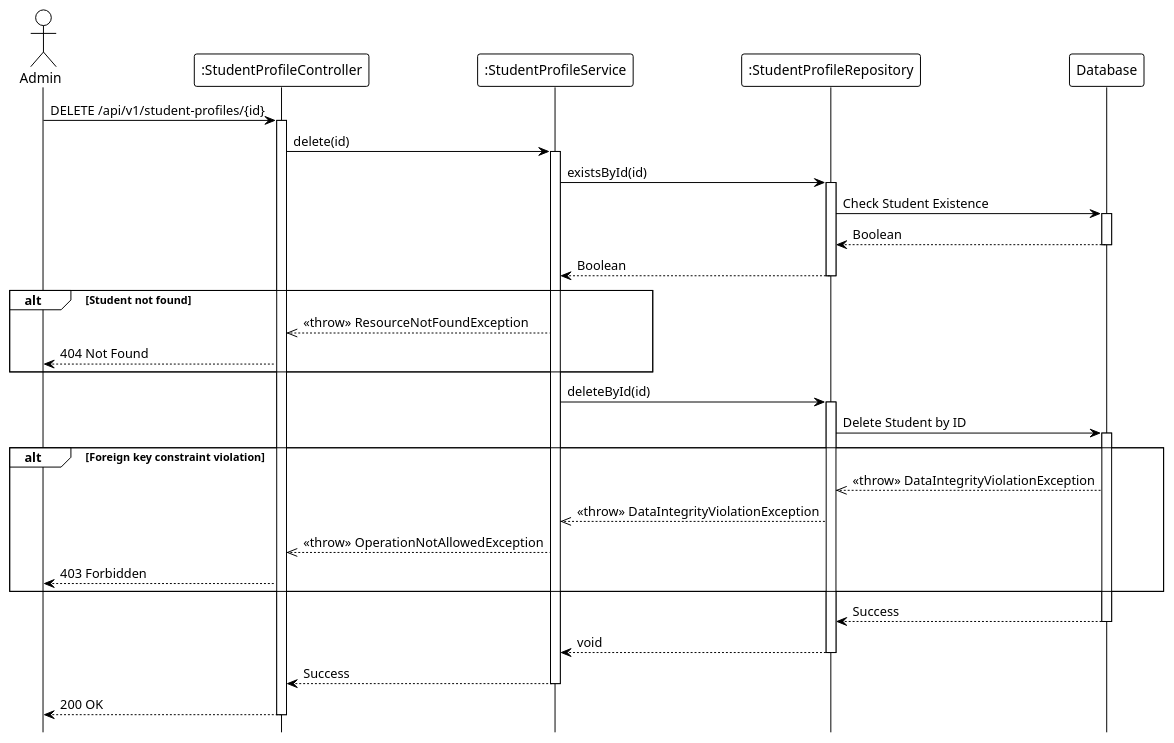
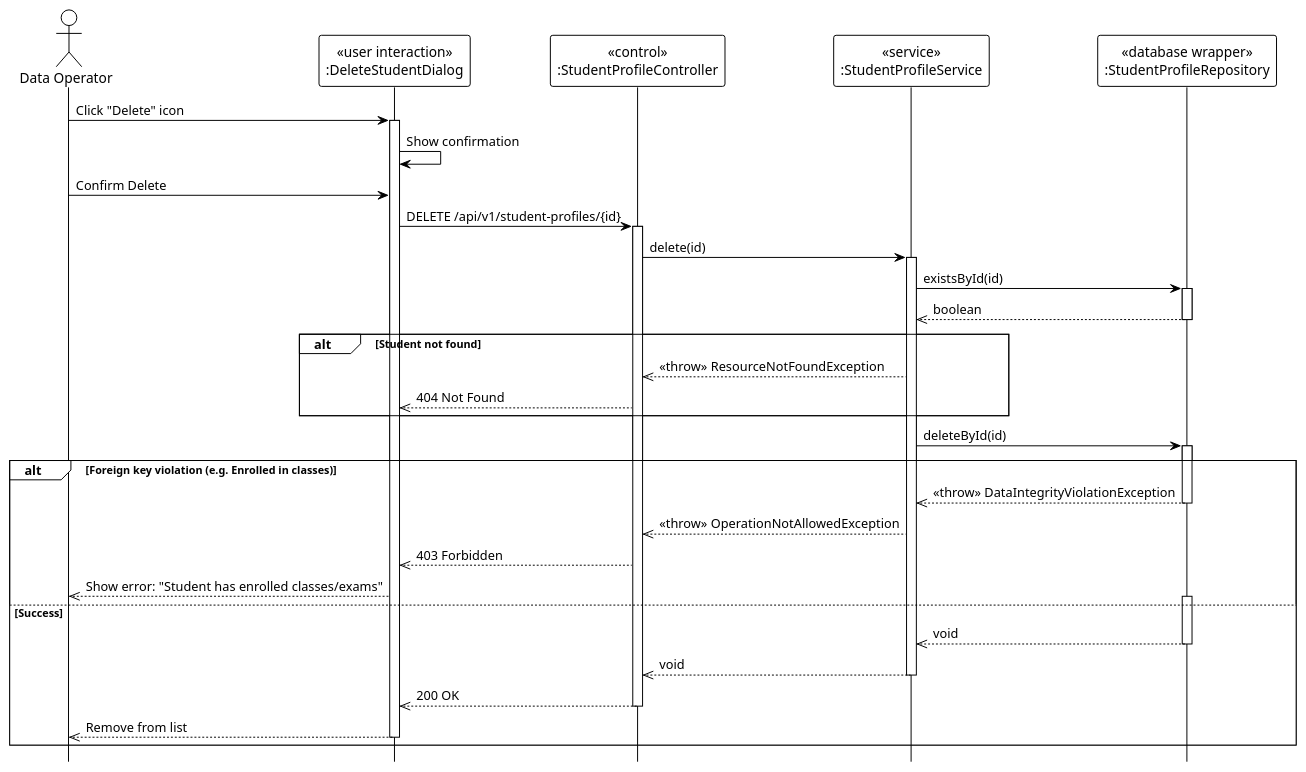
Before and after one commit to Ndh474/context: the diagram in system_detailed_design/46_delete_student/sequence_diagram_delete_student.puml, drawn with PlantUML. The commit also changed 8 other files, not shown here.

Commit message:
docs: Add PlantUML sequence and class diagrams for various student management system detailed designs.

```diff
--- a/system_detailed_design/46_delete_student/sequence_diagram_delete_student.puml
+++ b/system_detailed_design/46_delete_student/sequence_diagram_delete_student.puml
@@ -1,61 +1,61 @@
 @startuml delete_student
 !theme plain
 hide footbox
 
-actor Admin
-participant ":StudentProfileController" as Controller
-participant ":StudentProfileService" as Service
-participant ":StudentProfileRepository" as Repository
-participant "Database" as DB
+actor "Data Operator" as Admin
+
+participant "«user interaction»\n:DeleteStudentDialog" as UI
+participant "«control»\n:StudentProfileController" as Controller
+participant "«service»\n:StudentProfileService" as Service
+participant "«database wrapper»\n:StudentProfileRepository" as Repository
 
 ' --- MAIN FLOW ---
-Admin -> Controller: DELETE /api/v1/student-profiles/{id}
+Admin -> UI: Click "Delete" icon
+activate UI
+
+UI -> UI: Show confirmation
+
+Admin -> UI: Confirm Delete
+UI -> Controller: DELETE /api/v1/student-profiles/{id}
 activate Controller
 
 Controller -> Service: delete(id)
 activate Service
 
 ' --- CHECK EXISTENCE ---
 Service -> Repository: existsById(id)
 activate Repository
-
-Repository -> DB: Check Student Existence
-activate DB
-DB --> Repository: Boolean
-deactivate DB
-
-Repository --> Service: Boolean
+Repository -->> Service: boolean
 deactivate Repository
 
 alt Student not found
     Service -->> Controller: <<throw>> ResourceNotFoundException
-    Controller --> Admin: 404 Not Found
+    Controller -->> UI: 404 Not Found
 end
 
 ' --- DELETE OPERATION ---
 Service -> Repository: deleteById(id)
 activate Repository
 
-Repository -> DB: Delete Student by ID
-activate DB
+alt Foreign key violation (e.g. Enrolled in classes)
+    Repository -->> Service: <<throw>> DataIntegrityViolationException
+    deactivate Repository
+    Service -->> Controller: <<throw>> OperationNotAllowedException
+    Controller -->> UI: 403 Forbidden
+    UI -->> Admin: Show error: "Student has enrolled classes/exams"
+else Success
+    activate Repository
+    Repository -->> Service: void
+    deactivate Repository
 
-alt Foreign key constraint violation
-    DB -->> Repository: <<throw>> DataIntegrityViolationException
-    Repository -->> Service: <<throw>> DataIntegrityViolationException
-    Service -->> Controller: <<throw>> OperationNotAllowedException
-    Controller --> Admin: 403 Forbidden
+    Service -->> Controller: void
+    deactivate Service
+
+    Controller -->> UI: 200 OK
+    deactivate Controller
+
+    UI -->> Admin: Remove from list
+    deactivate UI
 end
 
-DB --> Repository: Success
-deactivate DB
-
-Repository --> Service: void
-deactivate Repository
-
-Service --> Controller: Success
-deactivate Service
-
-Controller --> Admin: 200 OK
-deactivate Controller
-
 @enduml
```
